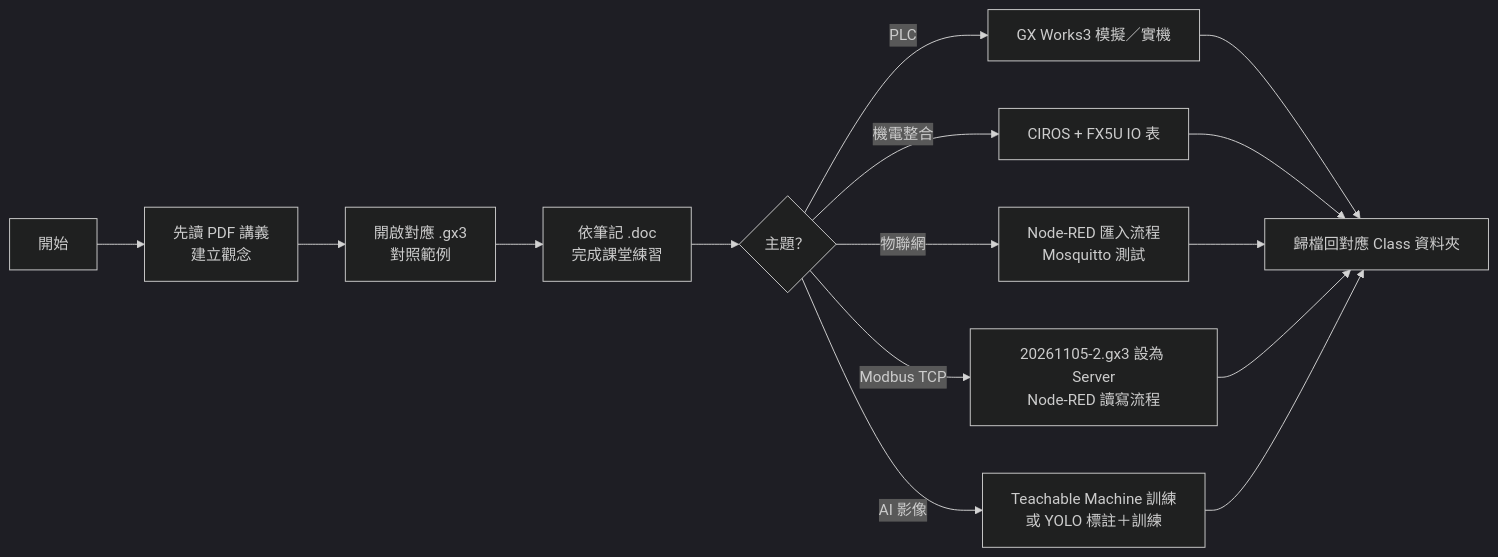
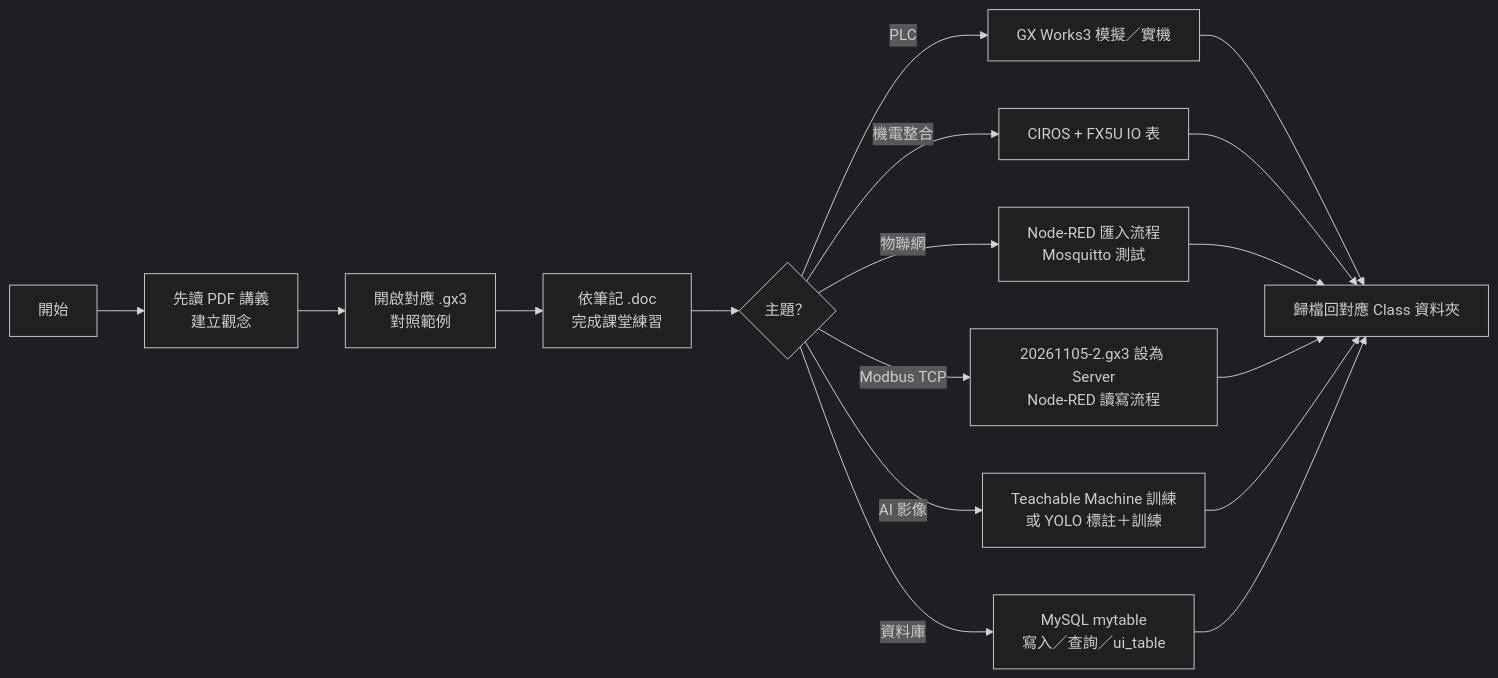
The third of 6 diagrams in README.md (yd7148/INDUSTRY-4.0), drawn with Mermaid (dark theme) before and after one commit. The commit also changed other lines of this file and 2 other files, not shown here.

Commit message:
Sync docs for Class-29/30 (30 classes, 31 videos, timeline and MySQL SVG)

````diff
--- a/README.md
+++ b/README.md
@@ -197,17 +210,19 @@
 ```mermaid
 flowchart LR
     S["開始"] --> A["先讀 PDF 講義<br/>建立觀念"]
     A --> B["開啟對應 .gx3<br/>對照範例"]
     B --> C["依筆記 .doc<br/>完成課堂練習"]
     C --> D{"主題？"}
     D -->|PLC| E["GX Works3 模擬／實機"]
     D -->|機電整合| F["CIROS + FX5U IO 表"]
     D -->|物聯網| G["Node-RED 匯入流程<br/>Mosquitto 測試"]
     D -->|Modbus TCP| H["20261105-2.gx3 設為 Server<br/>Node-RED 讀寫流程"]
     D -->|AI 影像| I2["Teachable Machine 訓練<br/>或 YOLO 標註＋訓練"]
+    D -->|資料庫| I3["MySQL mytable<br/>寫入／查詢／ui_table"]
     E --> I["歸檔回對應 Class 資料夾"]
     F --> I
     G --> I
     H --> I
     I2 --> I
+    I3 --> I
 ```
````
